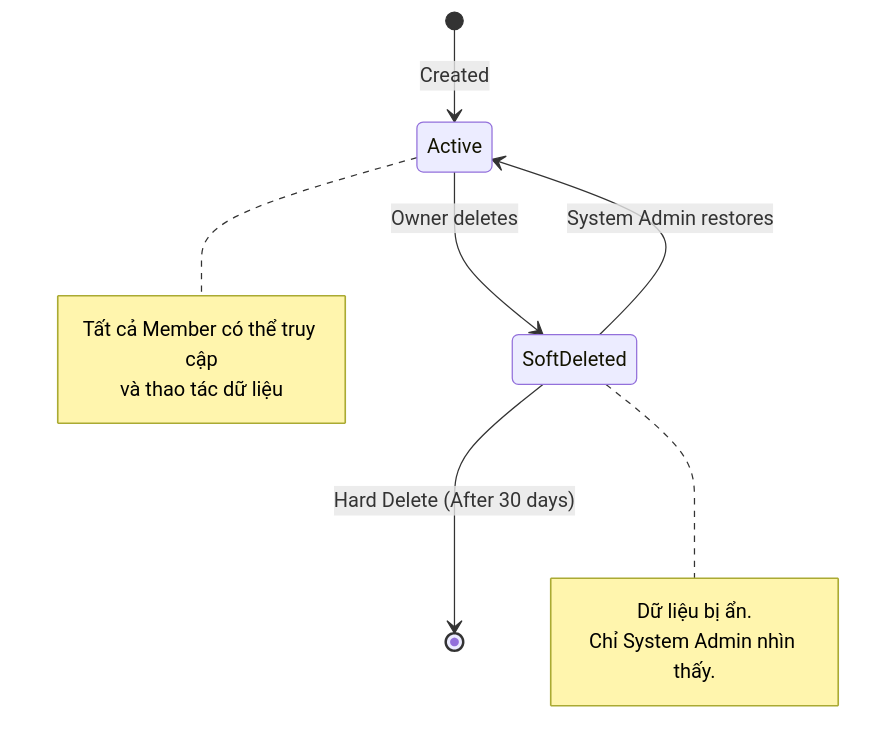
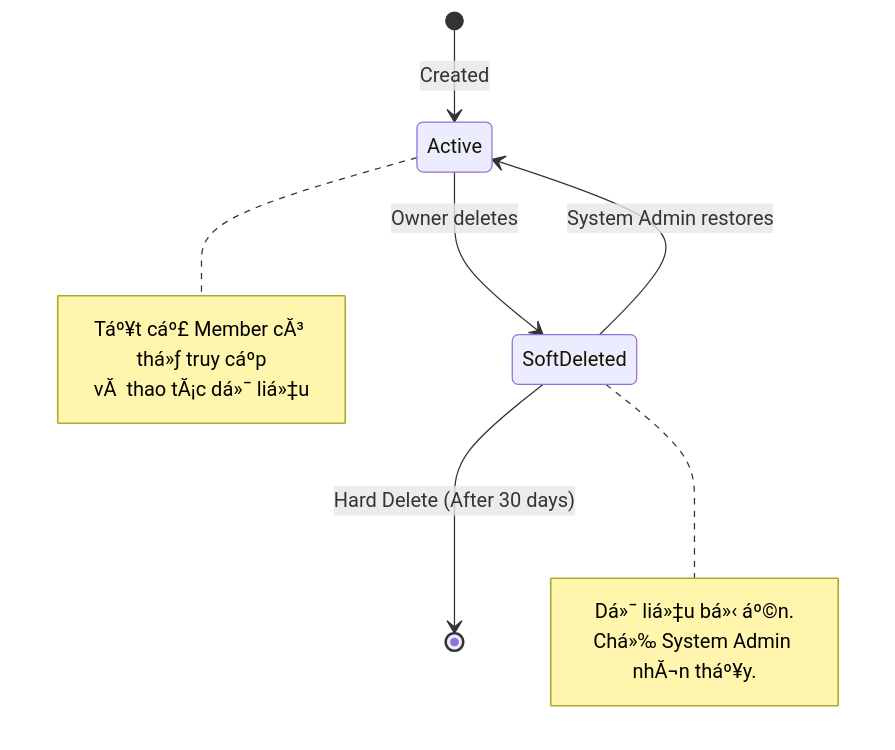
One commit to nmtrucworking/PronaFlow changed the diagram in docs/technical-docs/01-Requirements/Functional-Modules/2 - Multi-tenancy Workspace Governance.md. Above: the diagram before and after it, drawn with Mermaid. The commit also changed other lines of this file and 26 other files, not shown here.

````diff
--- a/docs/technical-docs/01-Requirements/Functional-Modules/2 - Multi-tenancy Workspace Governance.md
+++ b/docs/technical-docs/01-Requirements/Functional-Modules/2 - Multi-tenancy Workspace Governance.md
@@ -144,15 +144,15 @@
 ```mermaid
 stateDiagram-v2
  [*] --> Active: Created
  Active --> SoftDeleted: Owner deletes
  SoftDeleted --> Active: System Admin restores
  SoftDeleted --> [*]: Hard Delete (After 30 days)
  note right of Active
-  Tất cả Member có thể truy cập
-  và thao tác dữ liệu
+  Táº¥t cáº£ Member cĂ³ thá»ƒ truy cáº­p
+  vĂ  thao tĂ¡c dá»¯ liá»‡u
  end note
  note right of SoftDeleted
-  Dữ liệu bị ẩn.
-  Chỉ System Admin nhìn thấy.
+  Dá»¯ liá»‡u bá»‹ áº©n.
+  Chá»‰ System Admin nhĂ¬n tháº¥y.
  end note
 ```
````
